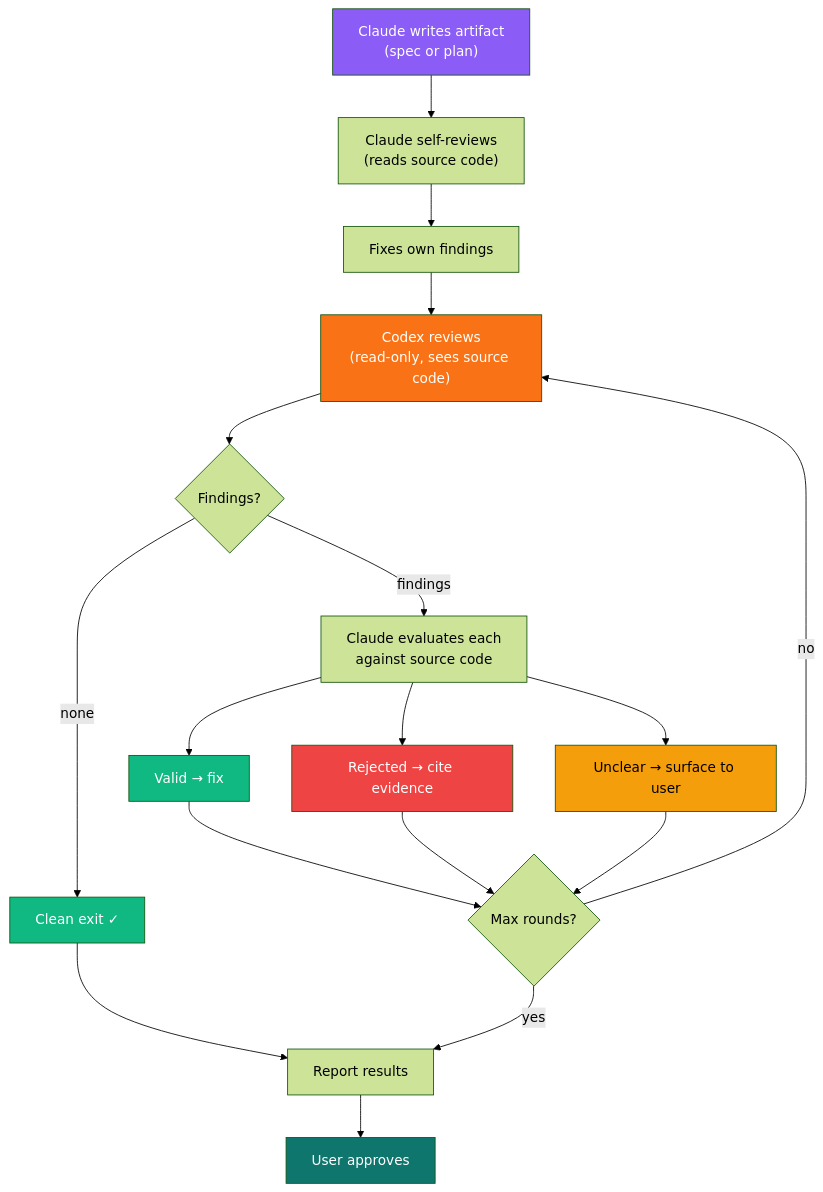
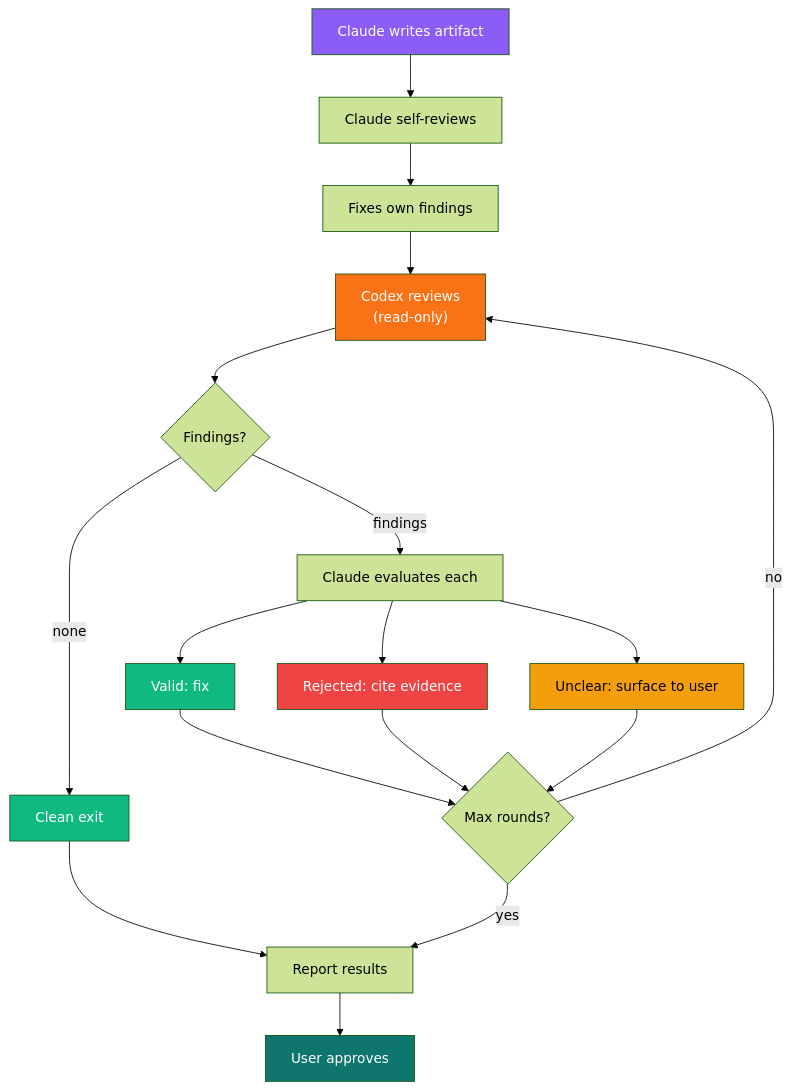
The second of 3 diagrams in README.md (mrkhachaturov/rkstack), drawn with Mermaid (forest theme) before and after one commit. The commit also changed other lines of this file, not shown here.

First line of the commit message:
docs: rewrite README for stack + flowType architecture

````diff
--- a/README.md
+++ b/README.md
@@ -124,27 +112,27 @@
 ```mermaid
 graph TD
-    A["Claude writes artifact\n(spec or plan)"] --> B["Claude self-reviews\n(reads source code)"]
+    A["Claude writes artifact"] --> B["Claude self-reviews"]
     B --> C["Fixes own findings"]
-    C --> D["Codex reviews\n(read-only, sees source code)"]
+    C --> D["Codex reviews\n(read-only)"]
     D --> E{"Findings?"}
-    E -->|none| F["Clean exit ✓"]
-    E -->|findings| G["Claude evaluates each\nagainst source code"]
-    G --> H["Valid → fix"]
-    G --> I["Rejected → cite evidence"]
-    G --> J["Unclear → surface to user"]
+    E -->|none| F["Clean exit"]
+    E -->|findings| G["Claude evaluates each"]
+    G --> H["Valid: fix"]
+    G --> I["Rejected: cite evidence"]
+    G --> J["Unclear: surface to user"]
     H --> K{"Max rounds?"}
     I --> K
     J --> K
     K -->|no| D
     K -->|yes| L["Report results"]
     F --> L
     L --> M["User approves"]
 
     style A fill:#8b5cf6,color:#fff
     style D fill:#f97316,color:#fff
     style F fill:#10b981,color:#fff
     style H fill:#10b981,color:#fff
     style I fill:#ef4444,color:#fff
     style J fill:#f59e0b,color:#000
     style M fill:#0f766e,color:#fff
 ```
````
